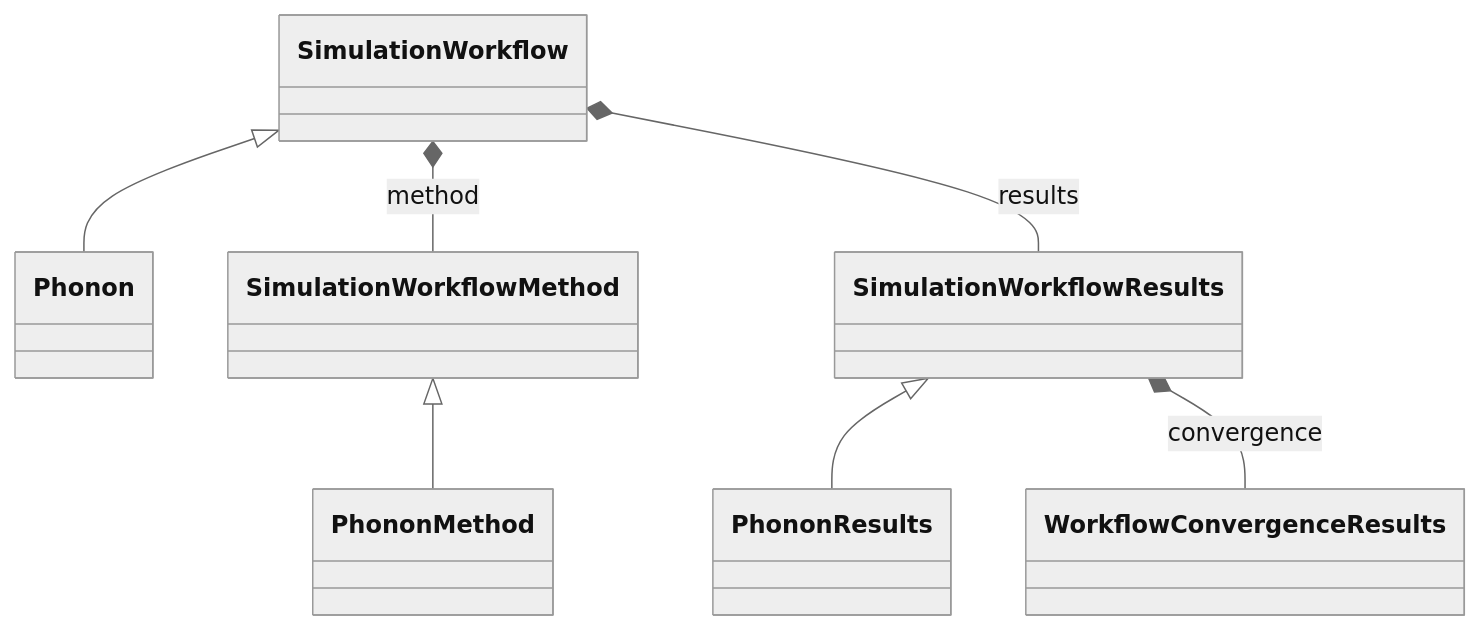
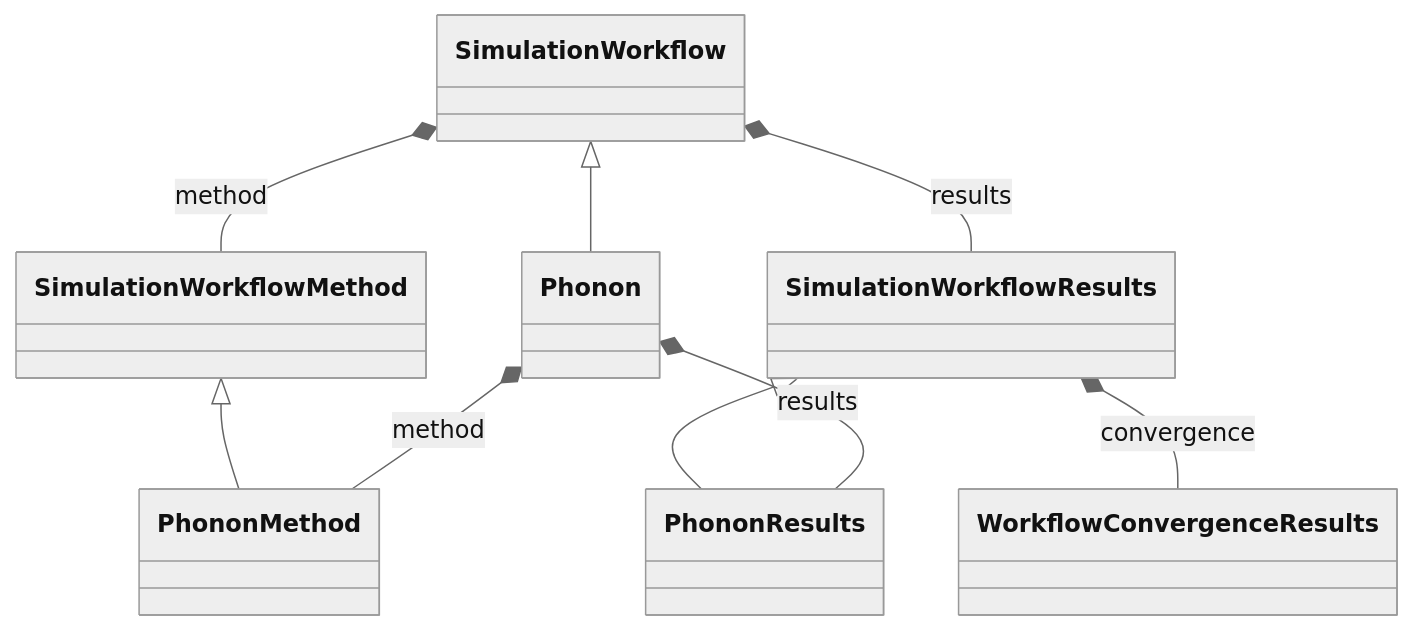
One commit to FAIRmat-NFDI/nomad-simulations changed the diagram in docs/schema/workflow_phonon.md. Above: the diagram before and after it, drawn with Mermaid (neutral theme). The commit also changed 21 other files, not shown here.

````diff
--- a/docs/schema/workflow_phonon.md
+++ b/docs/schema/workflow_phonon.md
@@ -17,16 +17,18 @@
 ```mermaid
 classDiagram
     class Phonon
     class PhononMethod
     class PhononResults
     class SimulationWorkflow
     class SimulationWorkflowMethod
     class SimulationWorkflowResults
     class WorkflowConvergenceResults
     SimulationWorkflow <|-- Phonon
     SimulationWorkflowMethod <|-- PhononMethod
     SimulationWorkflowResults <|-- PhononResults
+    Phonon *-- PhononMethod : method
+    Phonon *-- PhononResults : results
     SimulationWorkflow *-- SimulationWorkflowMethod : method
     SimulationWorkflow *-- SimulationWorkflowResults : results
     SimulationWorkflowResults *-- WorkflowConvergenceResults : convergence
 ```
````
